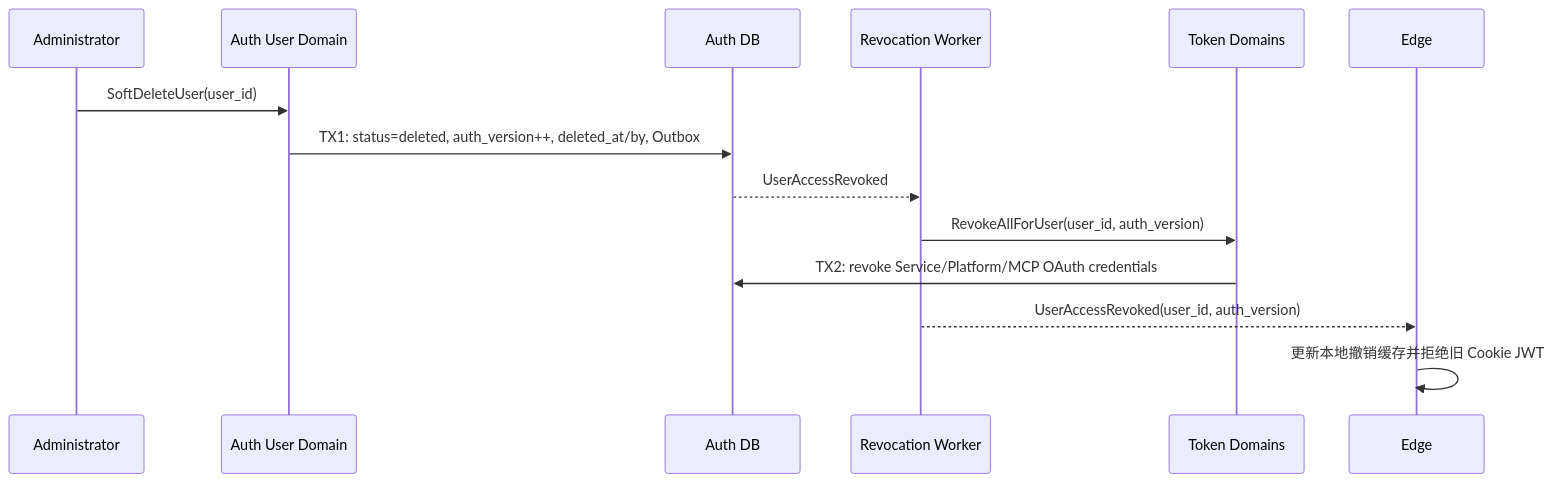
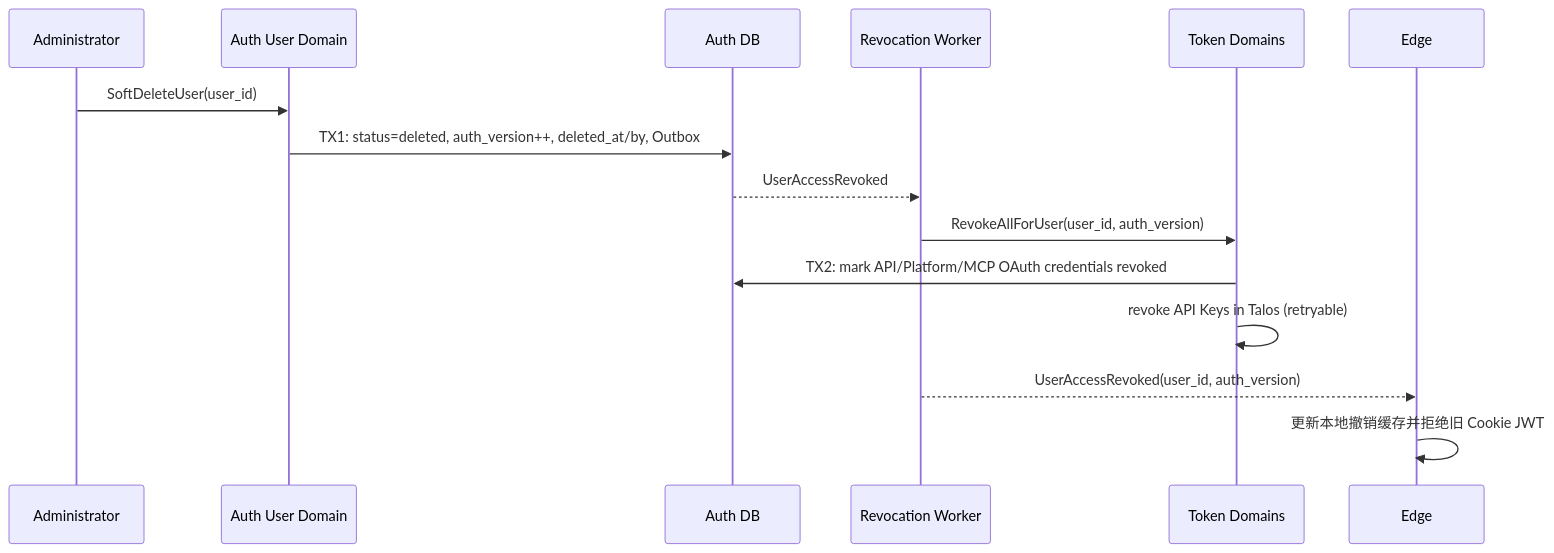
The diagram in docs/ddd/media_auth/workflow/0005-user-soft-delete/user_soft_delete.md (hotttao/media_agent), drawn with Mermaid before and after one commit. The commit also changed other lines of this file and 50 other files, not shown here.

````diff
--- a/docs/ddd/media_auth/workflow/0005-user-soft-delete/user_soft_delete.md
+++ b/docs/ddd/media_auth/workflow/0005-user-soft-delete/user_soft_delete.md
@@ -23,16 +23,17 @@
 ```mermaid
 sequenceDiagram
     participant A as Administrator
     participant U as Auth User Domain
     participant DB as Auth DB
     participant W as Revocation Worker
     participant T as Token Domains
     participant E as Edge
     A->>U: SoftDeleteUser(user_id)
     U->>DB: TX1: status=deleted, auth_version++, deleted_at/by, Outbox
     DB-->>W: UserAccessRevoked
     W->>T: RevokeAllForUser(user_id, auth_version)
-    T->>DB: TX2: revoke Service/Platform/MCP OAuth credentials
+    T->>DB: TX2: mark API/Platform/MCP OAuth credentials revoked
+    T->>T: revoke API Keys in Talos (retryable)
     W-->>E: UserAccessRevoked(user_id, auth_version)
     E->>E: 更新本地撤销缓存并拒绝旧 Cookie JWT
 ```
````
